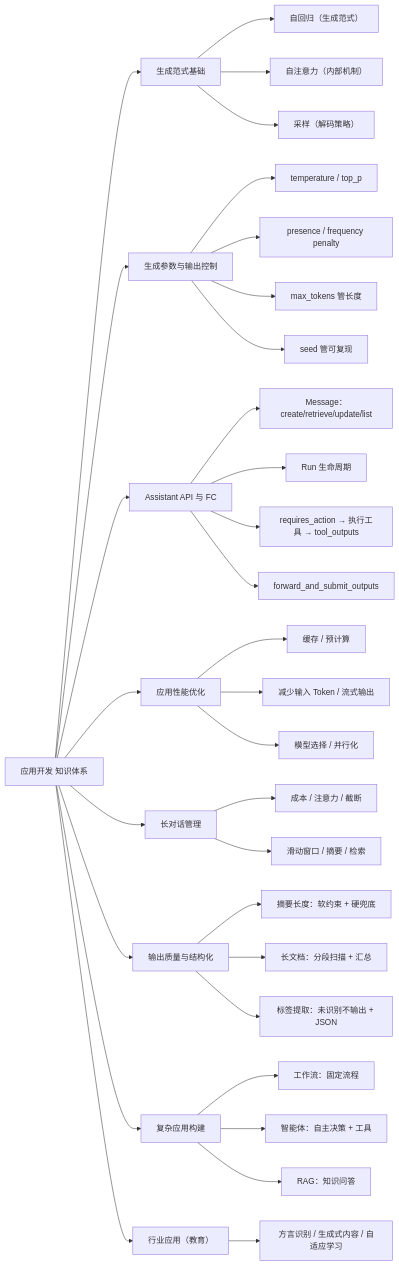
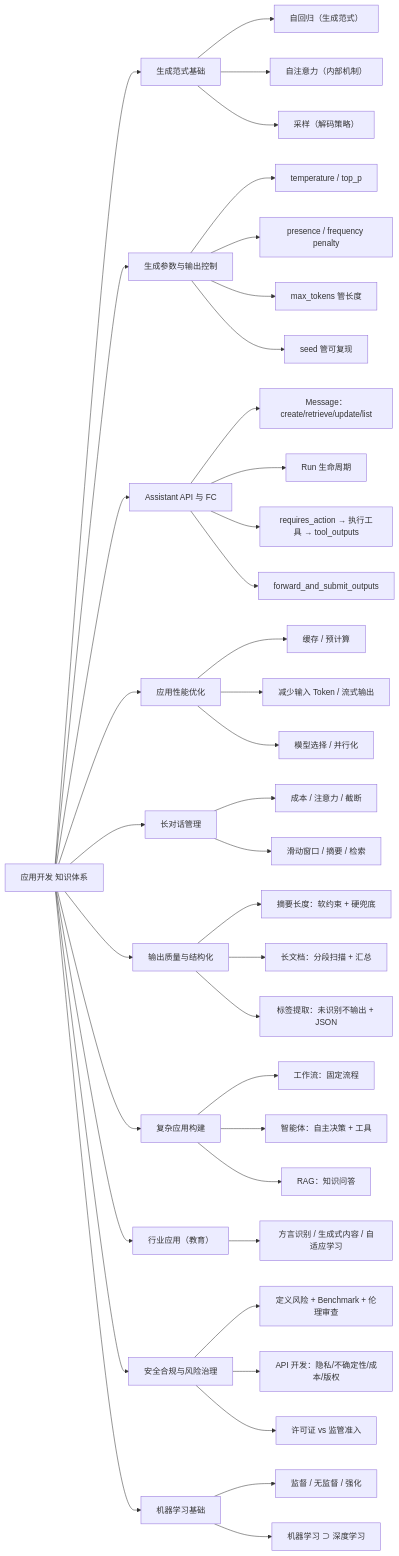
The diagram in notes/ACP/应用/应用开发 知识点总结.md (guoleihit/notes), drawn with Mermaid before and after one commit. The commit also changed other lines of this file and 1 other file, not shown here.

````diff
--- a/notes/ACP/应用/应用开发 知识点总结.md
+++ b/notes/ACP/应用/应用开发 知识点总结.md
@@ -48,34 +55,41 @@
 ```mermaid
 flowchart LR
     T["应用开发 知识体系"] --> A["生成范式基础"]
     T --> P["生成参数与输出控制"]
     T --> B["Assistant API 与 FC"]
     T --> C["应用性能优化"]
     T --> L["长对话管理"]
     T --> D["输出质量与结构化"]
     T --> H["复杂应用构建"]
     T --> E["行业应用（教育）"]
+    T --> S["安全合规与风险治理"]
+    T --> M["机器学习基础"]
     A --> A1["自回归（生成范式）"]
     A --> A2["自注意力（内部机制）"]
     A --> A3["采样（解码策略）"]
     P --> P1["temperature / top_p"]
     P --> P2["presence / frequency penalty"]
     P --> P3["max_tokens 管长度"]
     P --> P4["seed 管可复现"]
     B --> B1["Message：create/retrieve/update/list"]
     B --> B2["Run 生命周期"]
     B --> B3["requires_action → 执行工具 → tool_outputs"]
     B --> B4["forward_and_submit_outputs"]
     C --> C1["缓存 / 预计算"]
     C --> C2["减少输入 Token / 流式输出"]
     C --> C3["模型选择 / 并行化"]
     L --> L1["成本 / 注意力 / 截断"]
     L --> L2["滑动窗口 / 摘要 / 检索"]
     D --> D1["摘要长度：软约束 + 硬兜底"]
     D --> D2["长文档：分段扫描 + 汇总"]
     D --> D3["标签提取：未识别不输出 + JSON"]
     H --> H1["工作流：固定流程"]
     H --> H2["智能体：自主决策 + 工具"]
     H --> H3["RAG：知识问答"]
     E --> E1["方言识别 / 生成式内容 / 自适应学习"]
+    S --> S1["定义风险 + Benchmark + 伦理审查"]
+    S --> S2["API 开发：隐私/不确定性/成本/版权"]
+    S --> S3["许可证 vs 监管准入"]
+    M --> M1["监督 / 无监督 / 强化"]
+    M --> M2["机器学习 ⊃ 深度学习"]
 ```
````
